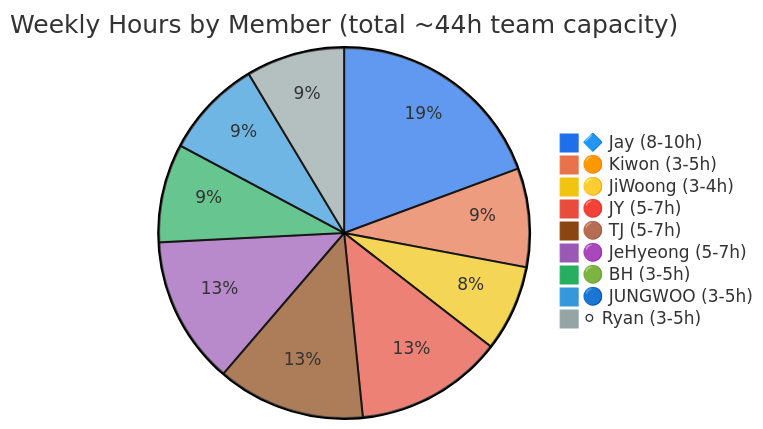
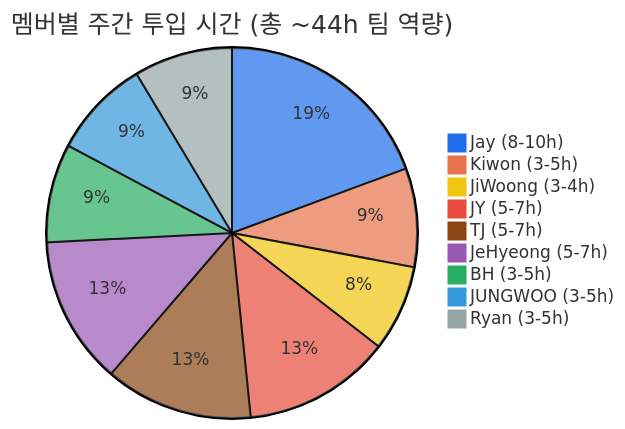
Before and after one commit to JeHyeong2/hypeprooflab: the diagram in products/hypeproof-workflow-diagrams/d7-color.mmd, drawn with Mermaid. The commit also changed 38 other files, not shown here.

First line of the commit message:
diagrams: convert all to Korean + font 18px + QA pass 19/19

```diff
--- a/products/hypeproof-workflow-diagrams/d7-color.mmd
+++ b/products/hypeproof-workflow-diagrams/d7-color.mmd
@@ -1,11 +1,11 @@
 %%{init: {'theme': 'base', 'themeVariables': {'pie1': '#1f6feb', 'pie2': '#e8734a', 'pie3': '#f1c40f', 'pie4': '#e74c3c', 'pie5': '#8b4513', 'pie6': '#9b59b6', 'pie7': '#27ae60', 'pie8': '#3498db', 'pie9': '#95a5a6'}}}%%
-pie title Weekly Hours by Member (total ~44h team capacity)
-    "🔷 Jay (8-10h)" : 9
-    "🟠 Kiwon (3-5h)" : 4
-    "🟡 JiWoong (3-4h)" : 3.5
-    "🔴 JY (5-7h)" : 6
-    "🟤 TJ (5-7h)" : 6
-    "🟣 JeHyeong (5-7h)" : 6
-    "🟢 BH (3-5h)" : 4
-    "🔵 JUNGWOO (3-5h)" : 4
-    "⚪ Ryan (3-5h)" : 4
+pie title 멤버별 주간 투입 시간 (총 ~44h 팀 역량)
+    "Jay (8-10h)" : 9
+    "Kiwon (3-5h)" : 4
+    "JiWoong (3-4h)" : 3.5
+    "JY (5-7h)" : 6
+    "TJ (5-7h)" : 6
+    "JeHyeong (5-7h)" : 6
+    "BH (3-5h)" : 4
+    "JUNGWOO (3-5h)" : 4
+    "Ryan (3-5h)" : 4
```
